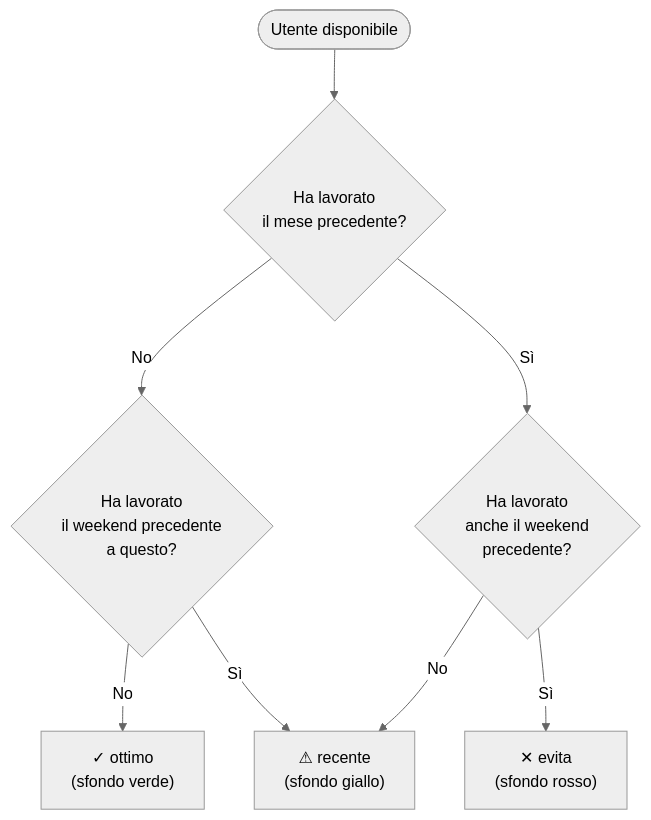
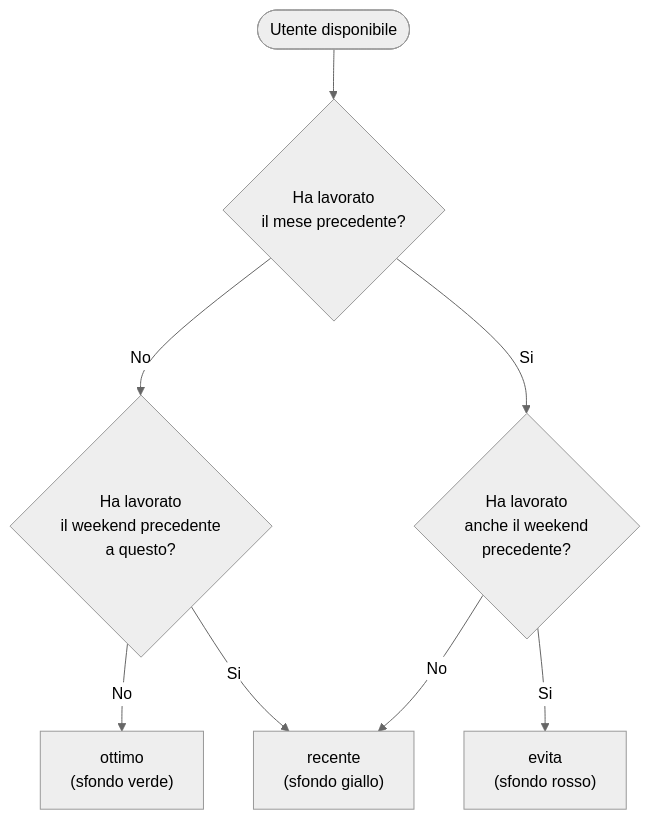
Before and after one commit to mrbenza/Turnify: the third of 5 diagrams in docs/LOGICA_TURNI.md, drawn with Mermaid (neutral theme). The commit also changed other lines of this file and 36 other files, not shown here.

````diff
--- a/docs/LOGICA_TURNI.md
+++ b/docs/LOGICA_TURNI.md
@@ -80,10 +80,10 @@
 ```mermaid
 flowchart TD
     U([Utente disponibile]) --> A{Ha lavorato\nil mese precedente?}
     A -- No --> B{Ha lavorato\nil weekend precedente\na questo?}
-    B -- No --> G1["✓ ottimo\n(sfondo verde)"]
-    B -- Sì --> G2["⚠ recente\n(sfondo giallo)"]
-    A -- Sì --> C{Ha lavorato\nanche il weekend\nprecedente?}
+    B -- No --> G1["ottimo\n(sfondo verde)"]
+    B -- Si --> G2["recente\n(sfondo giallo)"]
+    A -- Si --> C{Ha lavorato\nanche il weekend\nprecedente?}
     C -- No --> G2
-    C -- Sì --> G3["✕ evita\n(sfondo rosso)"]
+    C -- Si --> G3["evita\n(sfondo rosso)"]
 ```
````
